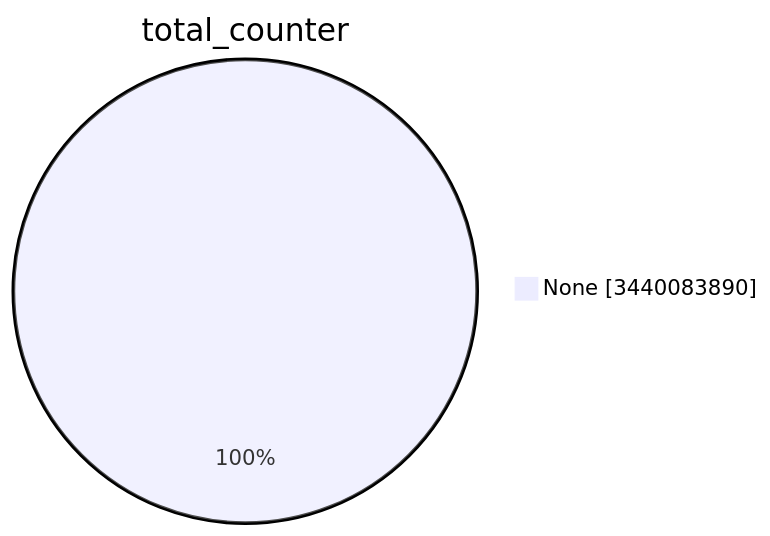
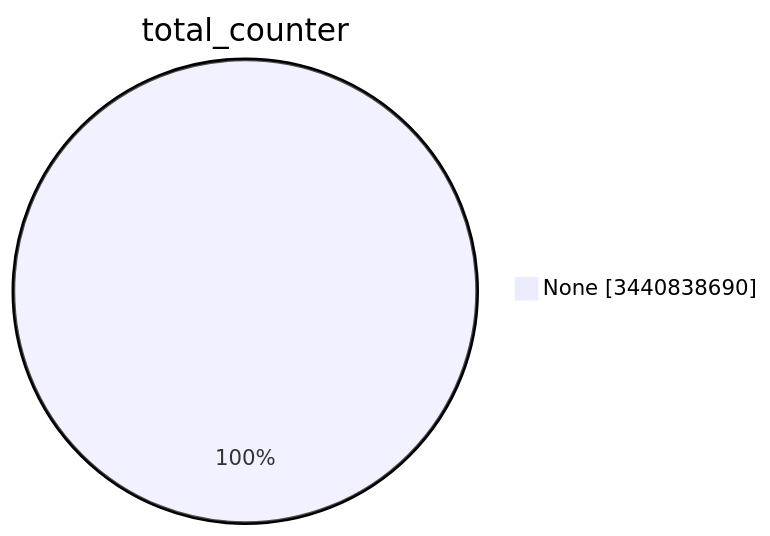
Before and after one commit to christiankrug/ctmonitor_visualization: the first of 15 diagrams in TOTAL/README.md, drawn with Mermaid. The commit also changed other lines of this file, not shown here.

````diff
--- a/TOTAL/README.md
+++ b/TOTAL/README.md
@@ -1,5 +1,5 @@
 ```mermaid
 pie showData
 title total_counter
-"None" :3440083890
+"None" :3440838690
 ```
````
